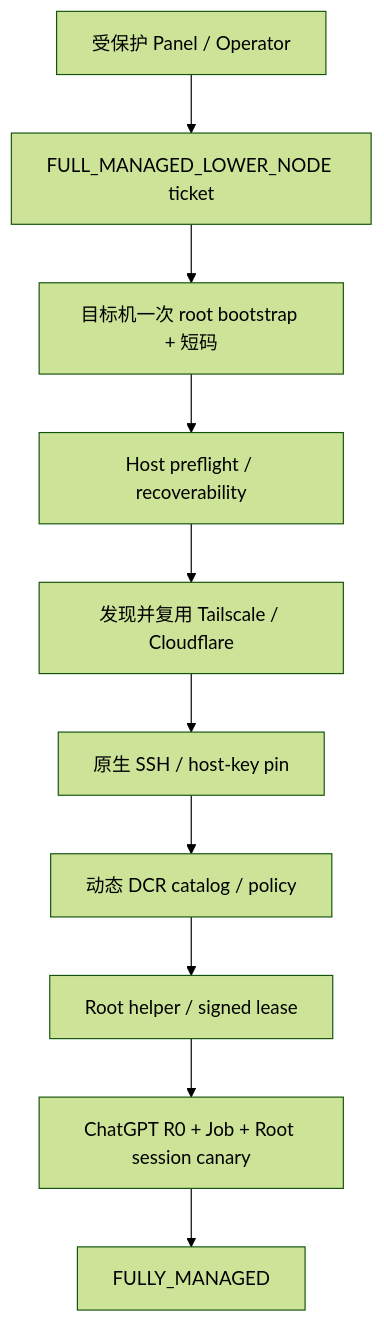
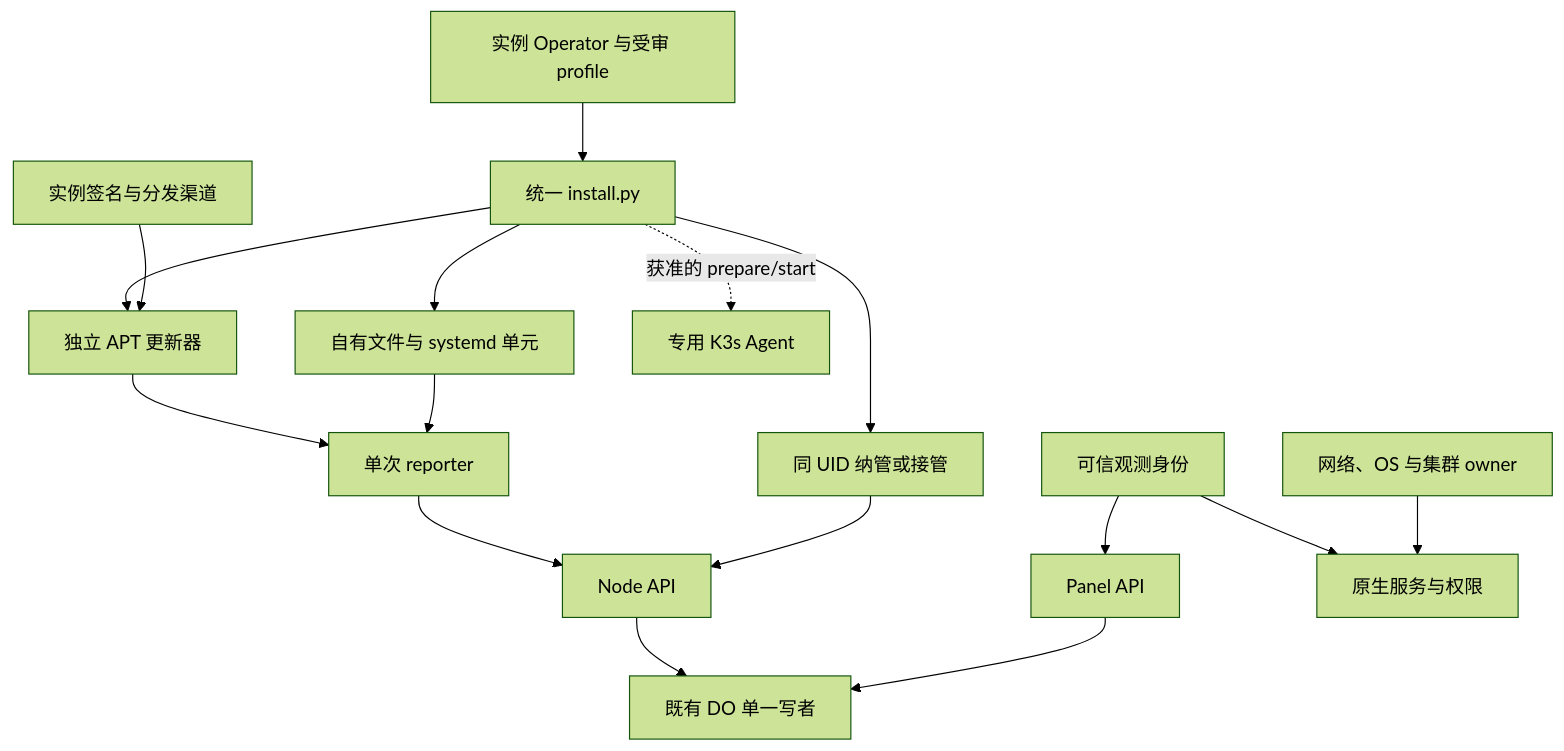
The diagram in docs/ARCHITECTURE.md (youling/ghostfleet), drawn with Mermaid (forest theme) before and after one commit. The commit also changed other lines of this file and 5 other files, not shown here.

First line of the commit message:
docs: 收敛 RC3 恢复入口、能力边界与阶段图

````diff
--- a/docs/ARCHITECTURE.md
+++ b/docs/ARCHITECTURE.md
@@ -51,12 +51,18 @@
 ```mermaid
 flowchart TD
-  Operator["受保护 Panel / Operator"] --> Ticket["FULL_MANAGED_LOWER_NODE ticket"]
-  Ticket --> Bootstrap["目标机一次 root bootstrap + 短码"]
-  Bootstrap --> Preflight["Host preflight / recoverability"]
-  Preflight --> Provider["发现并复用 Tailscale / Cloudflare"]
-  Provider --> SSH["原生 SSH / host-key pin"]
-  SSH --> DCR["动态 DCR catalog / policy"]
-  DCR --> Root["Root helper / signed lease"]
-  Root --> ChatGPT["ChatGPT R0 + Job + Root session canary"]
-  ChatGPT --> Ready["FULLY_MANAGED"]
+  Operator["实例 Operator 与受审 profile"] --> Installer["统一 install.py"]
+  Signer["实例签名与分发渠道"] --> APT["独立 APT 更新器"]
+  Installer --> APT
+  Installer --> Identity["同 UID 纳管或接管"]
+  Installer --> Units["自有文件与 systemd 单元"]
+  Units --> Reporter["单次 reporter"]
+  APT --> Reporter
+  Identity --> Node["Node API"]
+  Reporter --> Node
+  Panel["Panel API"] --> DO["既有 DO 单一写者"]
+  Node --> DO
+  Installer -. "获准的 prepare/start" .-> Agent["专用 K3s Agent"]
+  Owner["网络、OS 与集群 owner"] --> Native["原生服务与权限"]
+  Observer["可信观测身份"] --> Native
+  Observer --> Panel
 ```
````
